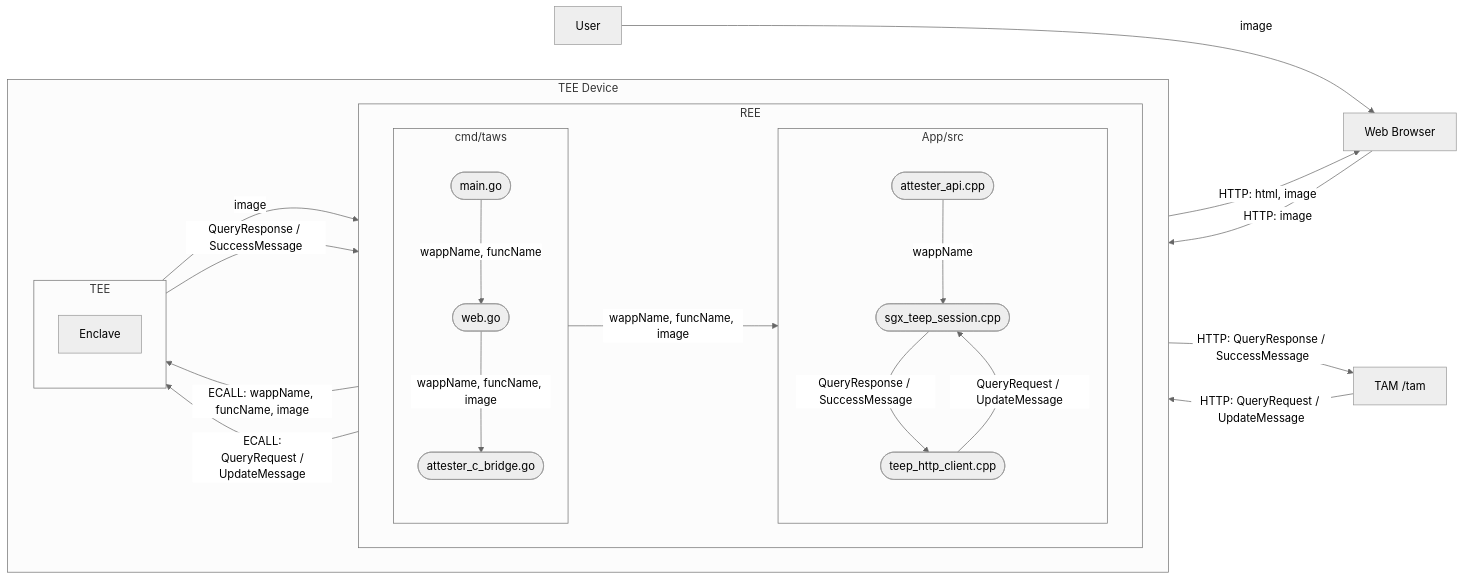
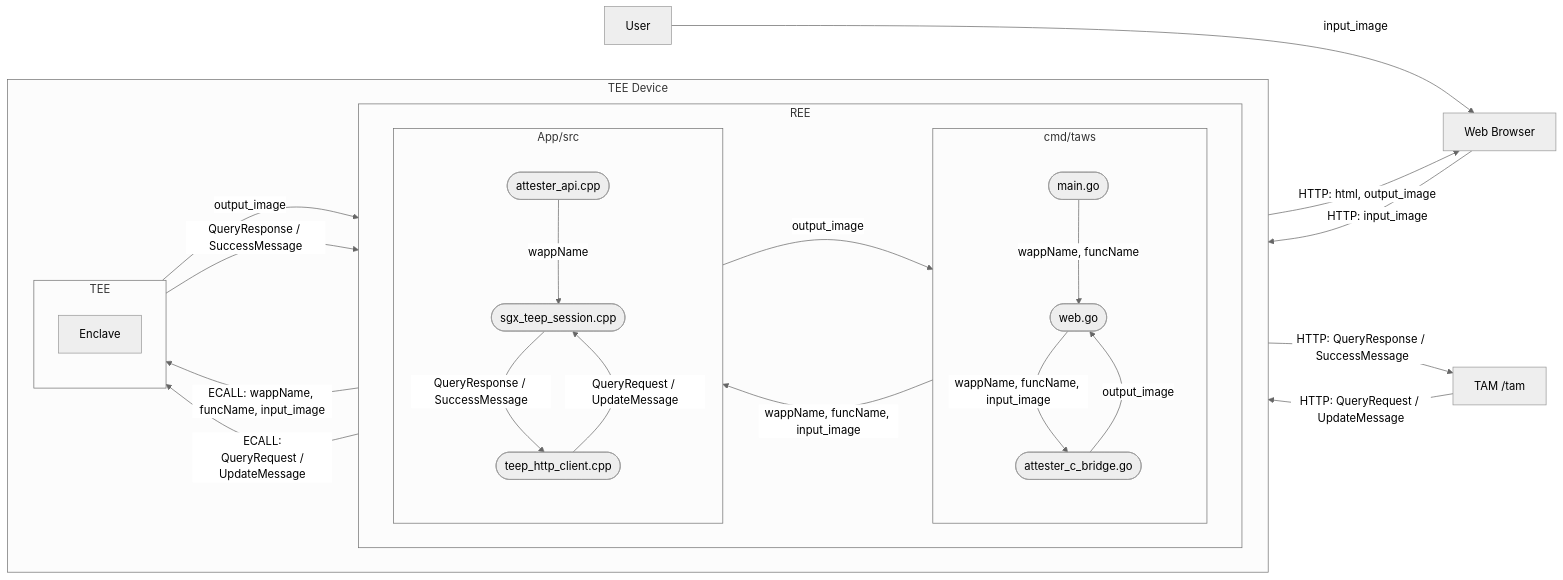
One commit to yuma-nishi/taws changed the first of 3 diagrams in doc/internal-design-dfd-dataflow.md. Above: the diagram before and after it, drawn with Mermaid (neutral theme). The commit also changed other lines of this file and 2 other files, not shown here.

````diff
--- a/doc/internal-design-dfd-dataflow.md
+++ b/doc/internal-design-dfd-dataflow.md
@@ -14,49 +14,51 @@
 ```mermaid
 flowchart LR
   User[User]
   Browser[Web Browser]
   TAM[TAM /tam]
 
   subgraph Device[TEE Device]
   direction LR
     subgraph REE[REE]
     direction LR
       subgraph GoLayer[cmd/taws]
       direction TB
         Main([main.go])
         Web([web.go])
         Bridge([attester_c_bridge.go])
       end
 
       subgraph CLayer[App/src]
       direction TB
         CAPI([attester_api.cpp])
         Session([sgx_teep_session.cpp])
         HTTP([teep_http_client.cpp])
       end
     end
 
     subgraph TEE[TEE]
     direction TB
       TEEEntry["Enclave"]
     end
   end
 
 
-  User -->|image| Browser
-  Browser -->|HTTP: image| Web
-  Web -->|HTTP: html, image| Browser
+  User -->|input_image| Browser
+  Browser -->|HTTP: input_image| Web
+  Web -->|HTTP: html, output_image| Browser
   Main -->|wappName, funcName| Web
-  Web -->|wappName, funcName, image| Bridge
-  Bridge -->|wappName, funcName, image| CAPI
+  Web -->|wappName, funcName, input_image| Bridge
+  Bridge -->|output_image| Web
+  Bridge -->|wappName, funcName, input_image| CAPI
+  CAPI -->|output_image| Bridge
   CAPI -->|wappName| Session
-  CAPI -->|ECALL: wappName, funcName, image| TEEEntry
-  TEEEntry -->|image| CAPI
+  CAPI -->|ECALL: wappName, funcName, input_image| TEEEntry
+  TEEEntry -->|output_image| CAPI
 
   Session -->|QueryResponse / SuccessMessage| HTTP
   HTTP -->|QueryRequest / UpdateMessage| Session
   HTTP -->|HTTP: QueryResponse / SuccessMessage| TAM
   TAM -->|HTTP: QueryRequest / UpdateMessage| HTTP
   Session -->|ECALL:<br/> QueryRequest / UpdateMessage| TEEEntry
   TEEEntry -->|QueryResponse / SuccessMessage| Session
 ```
````
